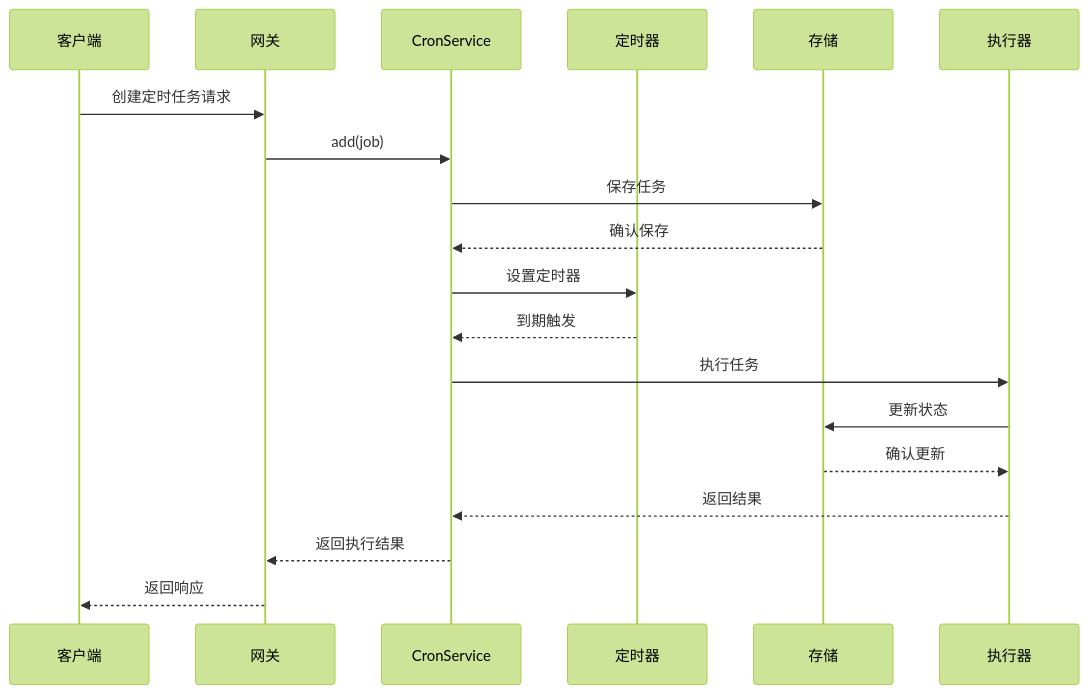
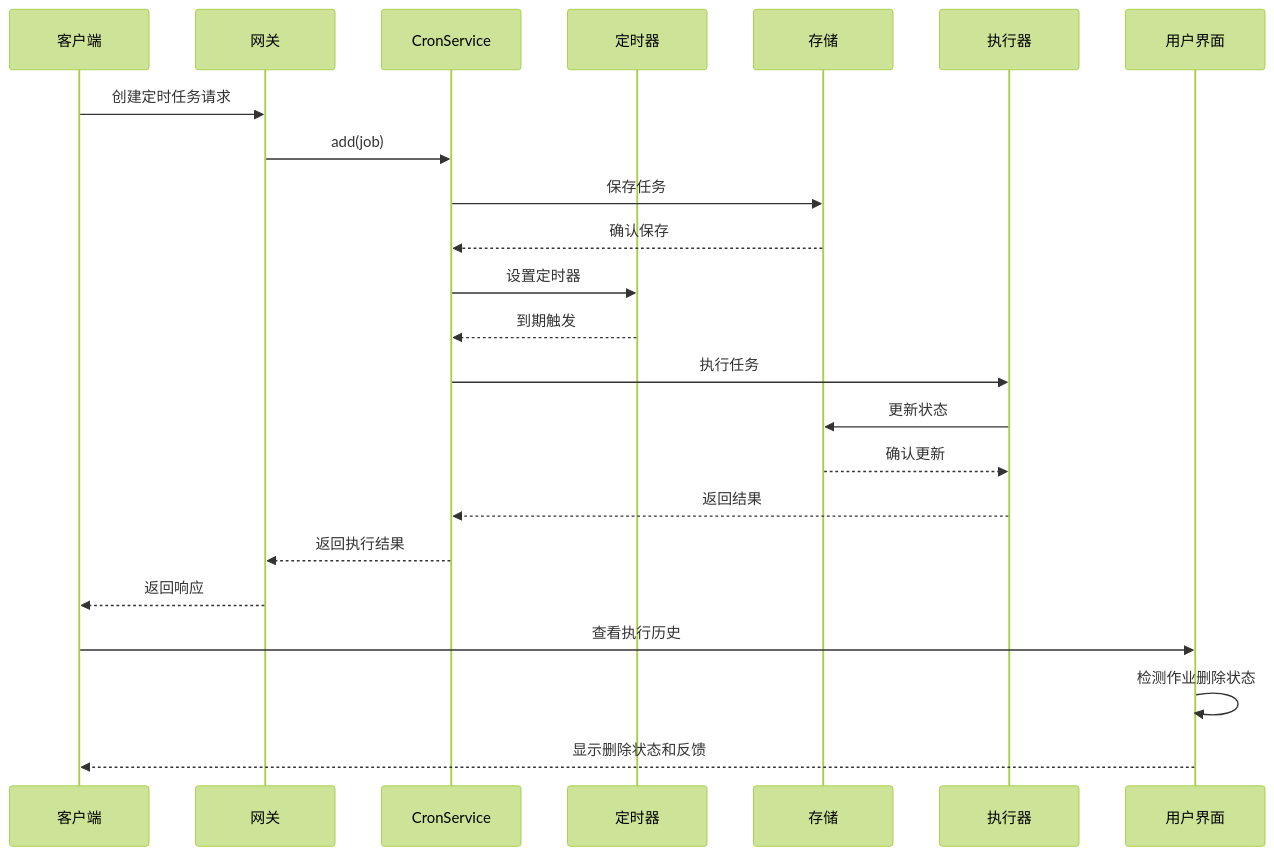
One commit to verse-ai-org/openclaw changed the third of 13 diagrams in .qoder/repowiki/zh/content/Web界面/定时任务管理系统/定时任务管理系统.md. Above: the diagram before and after it, drawn with Mermaid (forest theme). The commit also changed other lines of this file and 55 other files, not shown here.

````diff
--- a/.qoder/repowiki/zh/content/Web界面/定时任务管理系统/定时任务管理系统.md
+++ b/.qoder/repowiki/zh/content/Web界面/定时任务管理系统/定时任务管理系统.md
@@ -155,21 +194,25 @@
 ```mermaid
 sequenceDiagram
 participant Client as 客户端
 participant Gateway as 网关
 participant Service as CronService
 participant Timer as 定时器
 participant Store as 存储
 participant Executor as 执行器
+participant UI as 用户界面
 Client->>Gateway : 创建定时任务请求
 Gateway->>Service : add(job)
 Service->>Store : 保存任务
 Store-->>Service : 确认保存
 Service->>Timer : 设置定时器
 Timer-->>Service : 到期触发
 Service->>Executor : 执行任务
 Executor->>Store : 更新状态
 Store-->>Executor : 确认更新
 Executor-->>Service : 返回结果
 Service-->>Gateway : 返回执行结果
 Gateway-->>Client : 返回响应
+Client->>UI : 查看执行历史
+UI->>UI : 检测作业删除状态
+UI-->>Client : 显示删除状态和反馈
 ```
````
